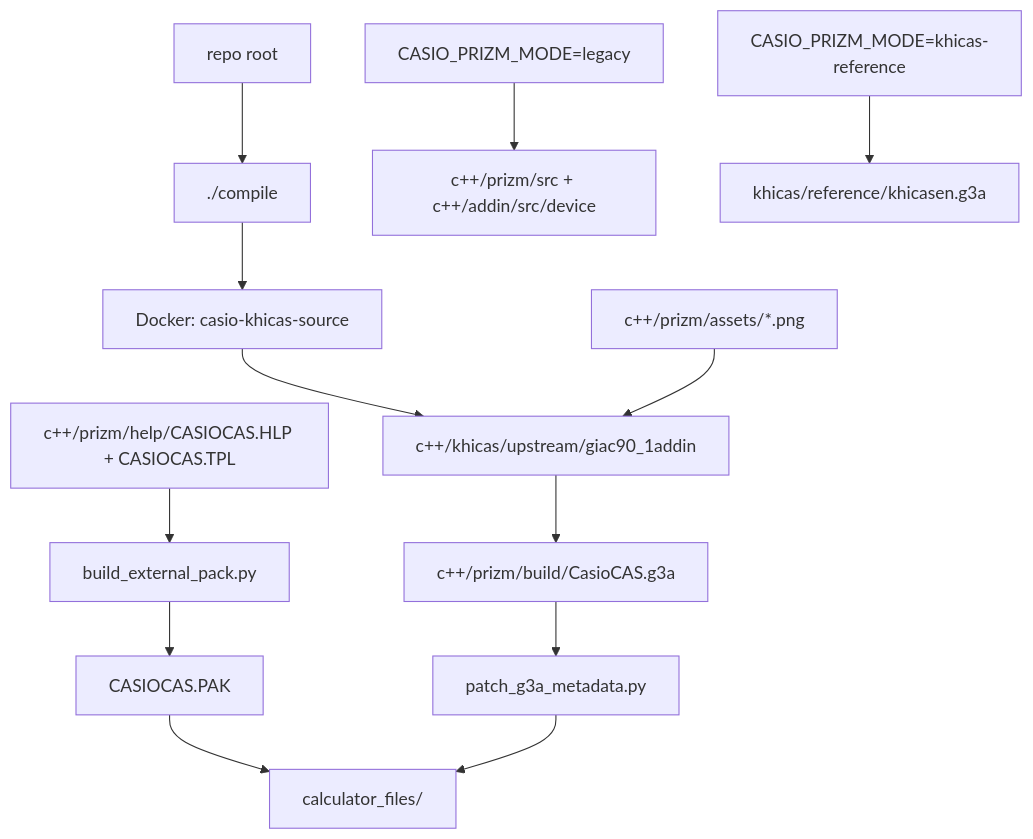
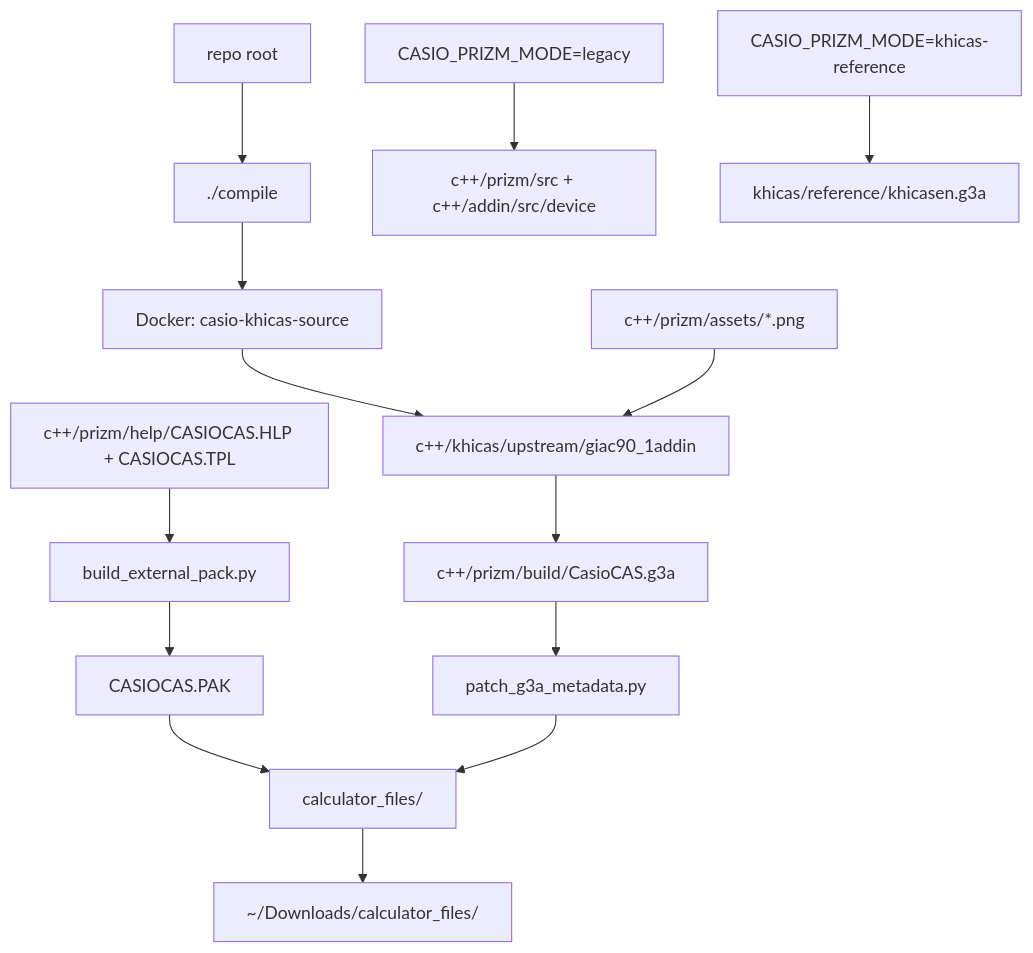
The first of 8 diagrams in c++/GRAPH.md (james8464/notes-addin-casio-fx-cg50), drawn with Mermaid before and after one commit. The commit also changed other lines of this file and 53 other files, not shown here.

````diff
--- a/c++/GRAPH.md
+++ b/c++/GRAPH.md
@@ -8,16 +8,17 @@
 ```mermaid
 graph TD
   Root["repo root"] --> Compile["./compile"]
   Compile --> Docker["Docker: casio-khicas-source"]
   Docker --> Src["c++/khicas/upstream/giac90_1addin"]
   Src --> G3A["c++/prizm/build/CasioCAS.g3a"]
   Assets["c++/prizm/assets/*.png"] --> Src
   HelpSrc["c++/prizm/help/CASIOCAS.HLP + CASIOCAS.TPL"] --> Pack["build_external_pack.py"]
   Pack --> PAK["CASIOCAS.PAK"]
   G3A --> Patch["patch_g3a_metadata.py"]
   PAK --> Transfer
   Patch --> Transfer["calculator_files/"]
+  Transfer --> DL["~/Downloads/calculator_files/"]
 
   Legacy["CASIO_PRIZM_MODE=legacy"] --> Prizm["c++/prizm/src + c++/addin/src/device"]
   Ref["CASIO_PRIZM_MODE=khicas-reference"] --> UpG3A["khicas/reference/khicasen.g3a"]
 ```
````
